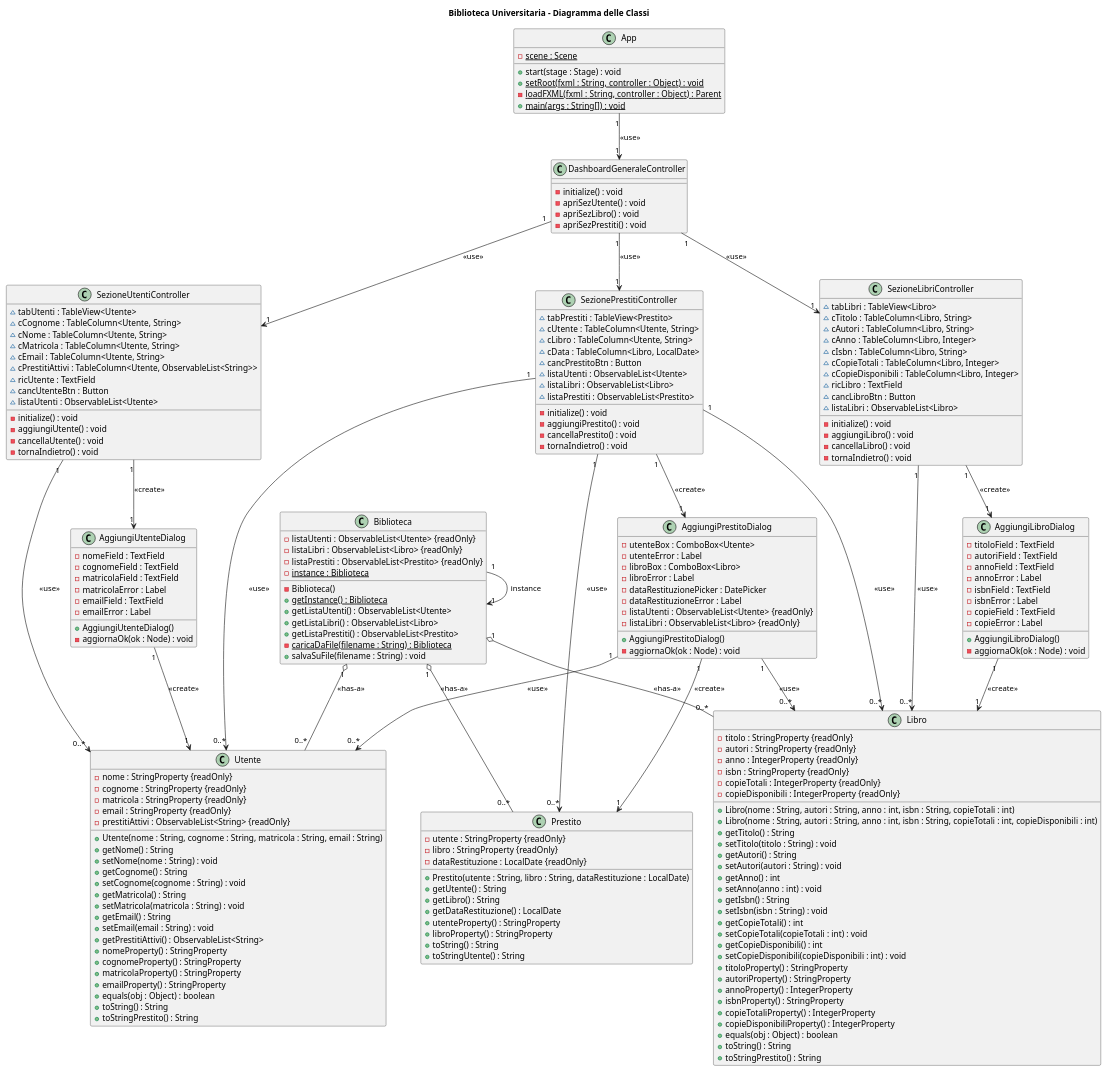
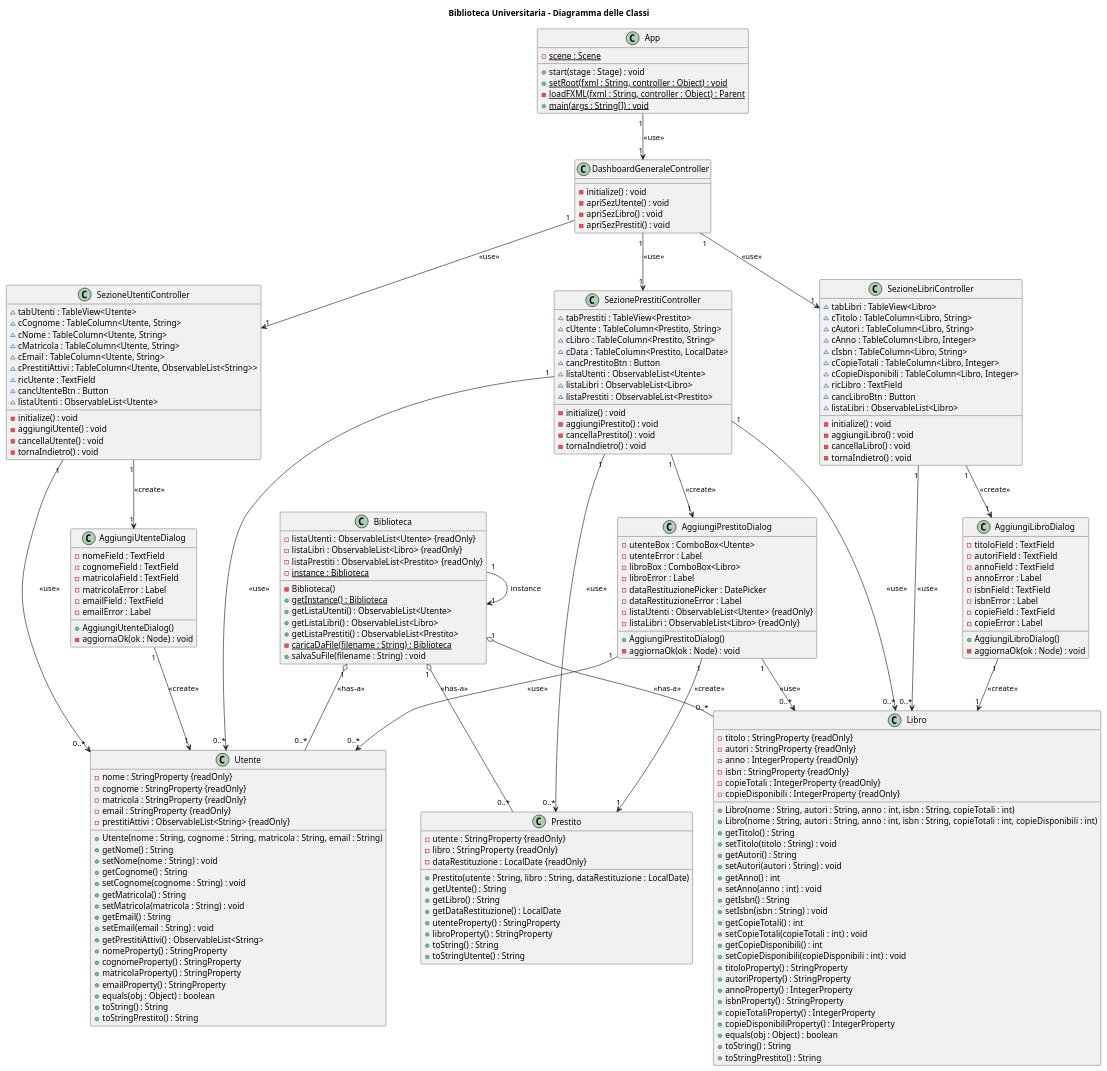
One commit to AngeloMastandrea04/SoftEng2025_G19 changed the diagram in Diagrams/Class Diagrams/PlantUML/Diagramma delle Classi.puml. Above: the diagram before and after it, drawn with PlantUML. The commit also changed 6 other files, not shown here.

```diff
--- a/Diagrams/Class Diagrams/PlantUML/Diagramma delle Classi.puml
+++ b/Diagrams/Class Diagrams/PlantUML/Diagramma delle Classi.puml
@@ -138,9 +138,9 @@
 
 class SezionePrestitiController {
     ~ tabPrestiti : TableView<Prestito>
-    ~ cUtente : TableColumn<Utente, String>
-    ~ cLibro : TableColumn<Utente, String>
-    ~ cData : TableColumn<Libro, LocalDate>
+    ~ cUtente : TableColumn<Prestito, String>
+    ~ cLibro : TableColumn<Prestito, String>
+    ~ cData : TableColumn<Prestito, LocalDate>
     ~ cancPrestitoBtn : Button
     ~ listaUtenti : ObservableList<Utente>
     ~ listaLibri : ObservableList<Libro>
```
